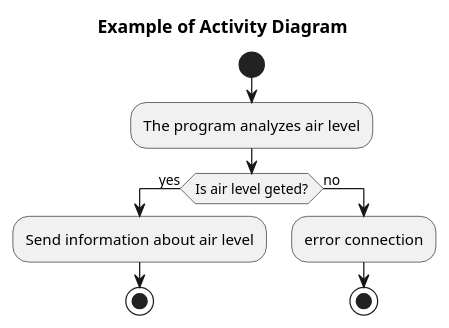
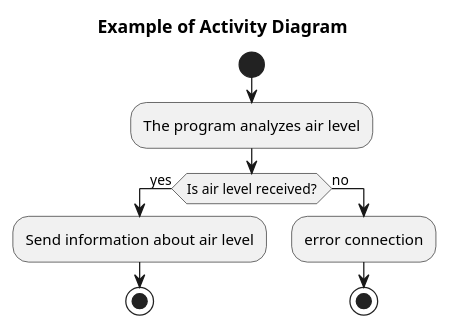
Before and after one commit to oleksandrblazhko/ai-213-borovik: the diagram in 2-SoftwareDesign/2.7-PlantUML/UML-Activity.puml, drawn with PlantUML.

```diff
--- a/2-SoftwareDesign/2.7-PlantUML/UML-Activity.puml
+++ b/2-SoftwareDesign/2.7-PlantUML/UML-Activity.puml
@@ -1,15 +1,15 @@
 @startuml
 title Example of Activity Diagram 
 
 start
 
 :The program analyzes air level; 
 
-if (Is air level geted?) then (yes)
+if (Is air level received?) then (yes)
   :Send information about air level;
 stop
 else (no)
   :error connection;
 
 stop
 @enduml
```
